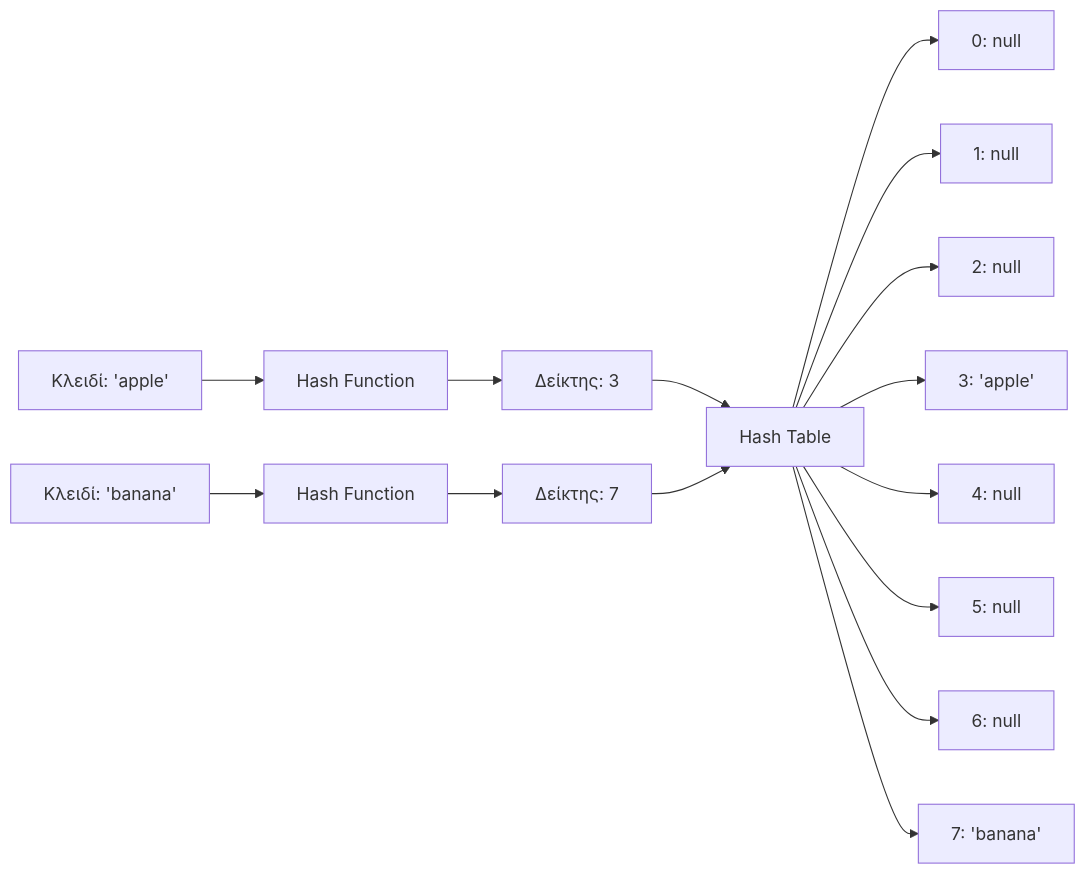
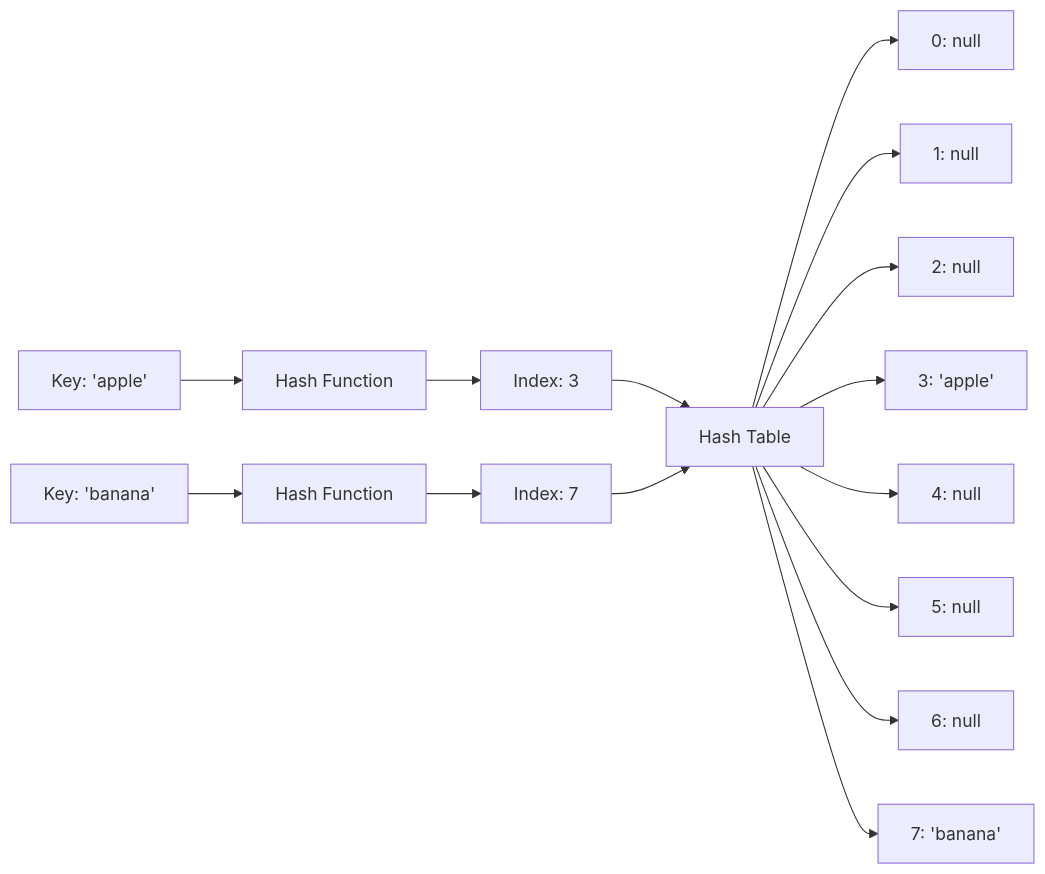
The first of 5 diagrams in Year_2/Semester_3/DSA_DATA_STRUCTURES_ALGORITHMS/Resources/Hashing.md (PanagopoulosNikolaos/DitOpenNotes), drawn with Mermaid before and after one commit. The commit also changed other lines of this file and 50 other files, not shown here.

````diff
--- a/Year_2/Semester_3/DSA_DATA_STRUCTURES_ALGORITHMS/Resources/Hashing.md
+++ b/Year_2/Semester_3/DSA_DATA_STRUCTURES_ALGORITHMS/Resources/Hashing.md
@@ -27,19 +27,19 @@
 ```mermaid
 graph LR
-    A[Κλειδί: 'apple'] --> B[Hash Function]
-    B --> C[Δείκτης: 3]
+    A[Key: 'apple'] --> B[Hash Function]
+    B --> C[Index: 3]
     C --> D[Hash Table]
     
-    E[Κλειδί: 'banana'] --> F[Hash Function]
-    F --> G[Δείκτης: 7]
+    E[Key: 'banana'] --> F[Hash Function]
+    F --> G[Index: 7]
     G --> D
     
     D --> H[0: null]
     D --> I[1: null]
     D --> J[2: null]
     D --> K[3: 'apple']
     D --> L[4: null]
     D --> M[5: null]
     D --> N[6: null]
     D --> O[7: 'banana']
 ```
````
